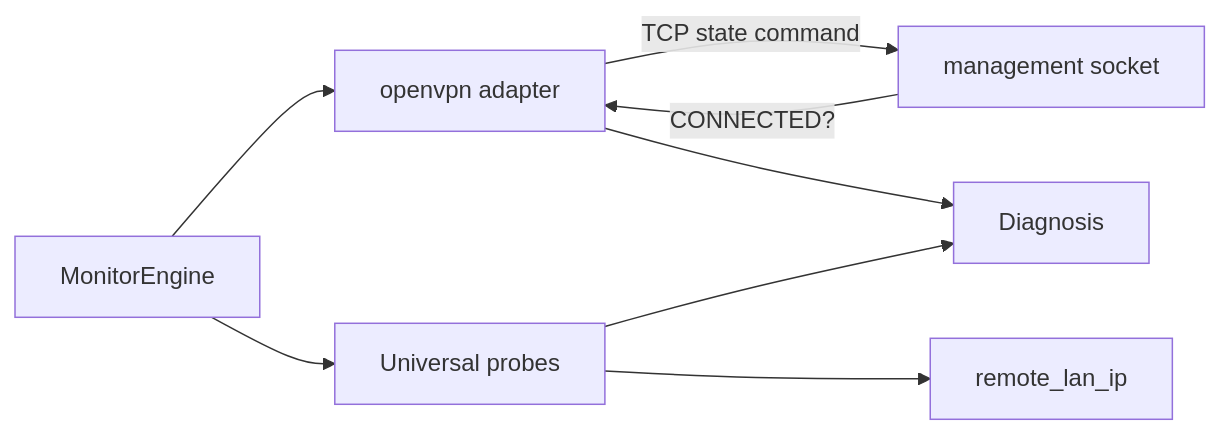
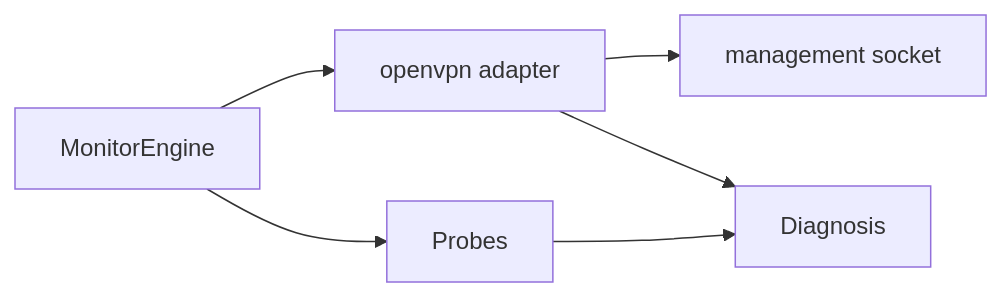
The third of 3 diagrams in docs/vpn-solutions/openvpn.md (roto31/Tunnel-Monitor---Universal), drawn with Mermaid before and after one commit. The commit also changed other lines of this file and 22 other files, not shown here.

````diff
--- a/docs/vpn-solutions/openvpn.md
+++ b/docs/vpn-solutions/openvpn.md
@@ -68,10 +42,8 @@
 ```mermaid
 flowchart LR
     E[MonitorEngine] --> A[openvpn adapter]
-    A -->|TCP state command| MGMT[management socket]
-    MGMT -->|CONNECTED?| A
-    E --> P[Universal probes]
-    P --> LAN[remote_lan_ip]
+    A --> MGMT[management socket]
+    E --> P[Probes]
     A --> D[Diagnosis]
     P --> D
 ```
````
